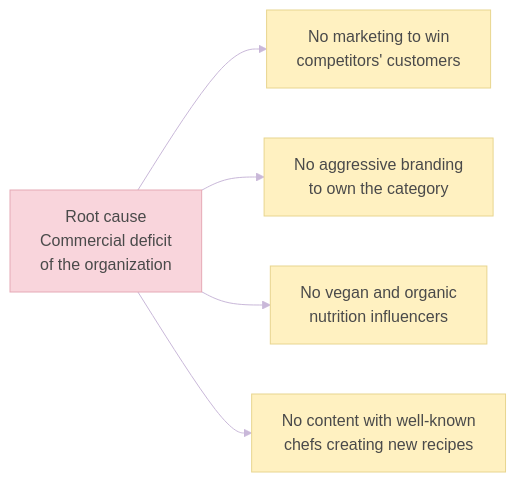
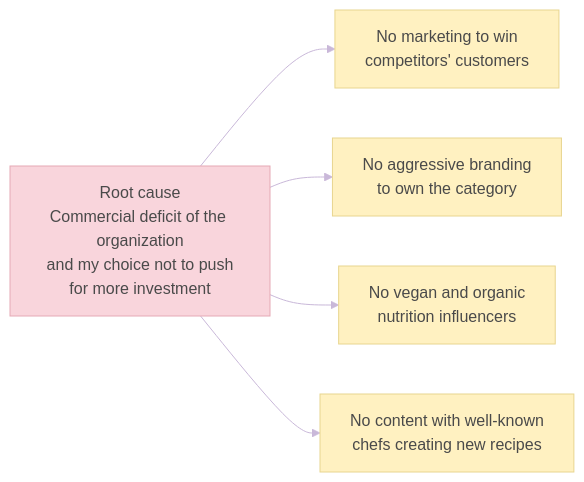
Before and after one commit to VictorFMR/pm-case-studies: the sixth of 6 diagrams in cpg-scaling-case-study.md, drawn with Mermaid. The commit also changed other lines of this file, not shown here.

````diff
--- a/cpg-scaling-case-study.md
+++ b/cpg-scaling-case-study.md
@@ -189,15 +190,15 @@
 ```mermaid
 %%{init: {'theme':'base','themeVariables':{'lineColor':'#C9B8D9','edgeLabelBackground':'#FFFFFF','textColor':'#7A7A7A'}}}%%
 flowchart LR
-    R["Root cause<br/>Commercial deficit<br/>of the organization"] --> M1["No marketing to win<br/>competitors' customers"]
+    R["Root cause<br/>Commercial deficit of the organization<br/>and my choice not to push<br/>for more investment"] --> M1["No marketing to win<br/>competitors' customers"]
     R --> M2["No aggressive branding<br/>to own the category"]
     R --> M3["No vegan and organic<br/>nutrition influencers"]
     R --> M4["No content with well-known<br/>chefs creating new recipes"]
     classDef rose fill:#F9D5DC,stroke:#E5A9B5,color:#4A4A4A
     classDef butter fill:#FFF1C1,stroke:#E8D58F,color:#4A4A4A
     class R rose
     class M1 butter
     class M2 butter
     class M3 butter
     class M4 butter
 ```
````
